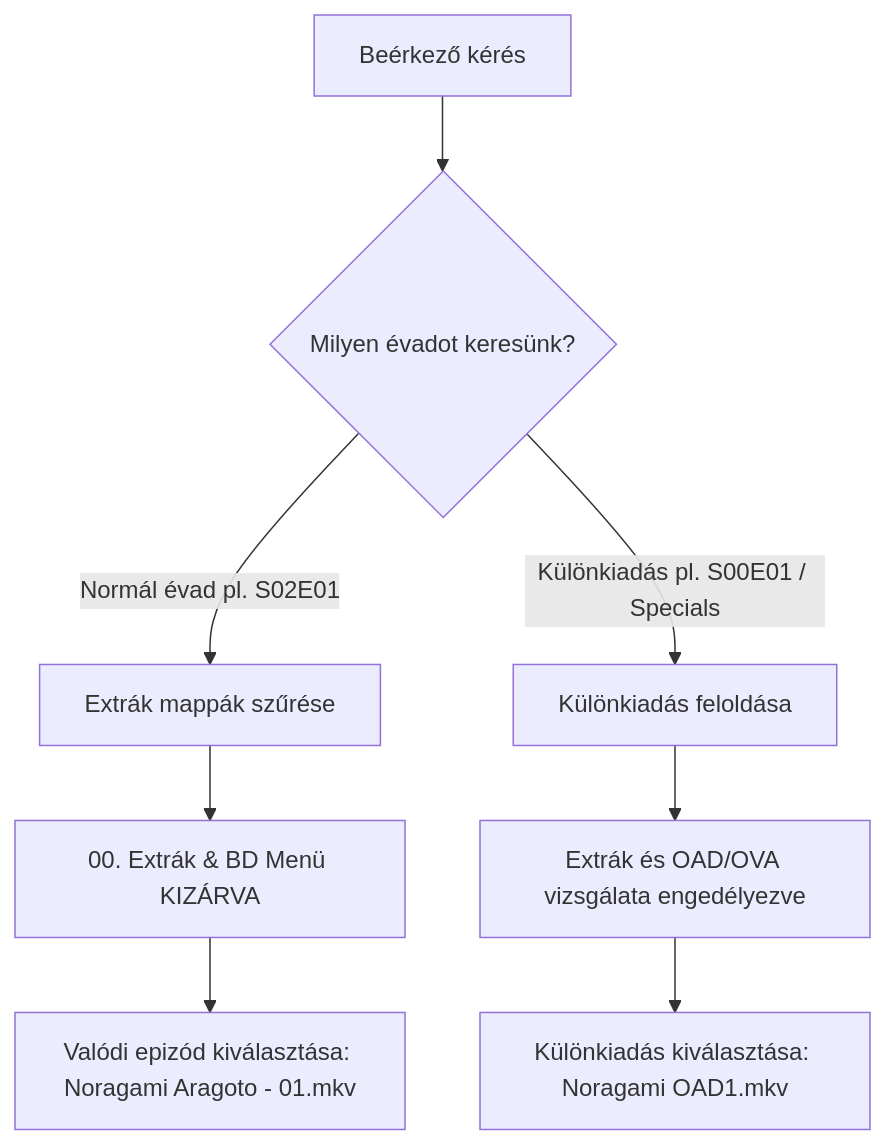
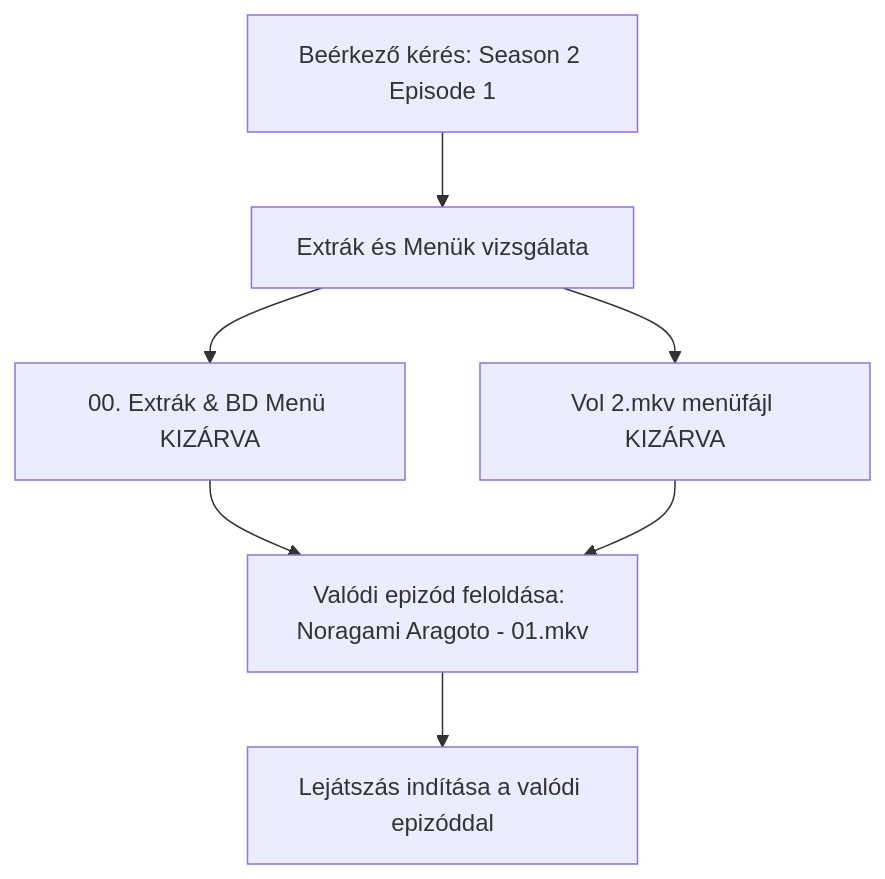
The third of 3 diagrams in README.md (Levfero/stremhu-source-VibeCodedEdition), drawn with Mermaid before and after one commit. The commit also changed other lines of this file, not shown here.

Commit message:
docs: streamline README to focus strictly on search, filter, TMDB, and relevant edge cases

````diff
--- a/README.md
+++ b/README.md
@@ -99,12 +150,11 @@
 ```mermaid
 graph TD
-    Request[Beérkező kérés] --> Decision{Milyen évadot keresünk?}
+    Request[Beérkező kérés: Season 2 Episode 1] --> Filter[Extrák és Menük vizsgálata]
     
-    Decision -->|Normál évad pl. S02E01| FilterNormal[Extrák mappák szűrése]
-    FilterNormal --> ExcludeExtras[00. Extrák & BD Menü KIZÁRVA]
-    ExcludeExtras --> MatchReal[Valódi epizód kiválasztása: Noragami Aragoto - 01.mkv]
+    Filter --> ExcludeExtras[00. Extrák & BD Menü KIZÁRVA]
+    Filter --> ExcludeMenuFile[Vol 2.mkv menüfájl KIZÁRVA]
     
-    Decision -->|Különkiadás pl. S00E01 / Specials| FilterSpecials[Különkiadás feloldása]
-    FilterSpecials --> AllowExtras[Extrák és OAD/OVA vizsgálata engedélyezve]
-    AllowExtras --> MatchSpecial[Különkiadás kiválasztása: Noragami OAD1.mkv]
+    ExcludeExtras --> MatchReal[Valódi epizód feloldása: Noragami Aragoto - 01.mkv]
+    ExcludeMenuFile --> MatchReal
+    MatchReal --> Playback[Lejátszás indítása a valódi epizóddal]
 ```
````
